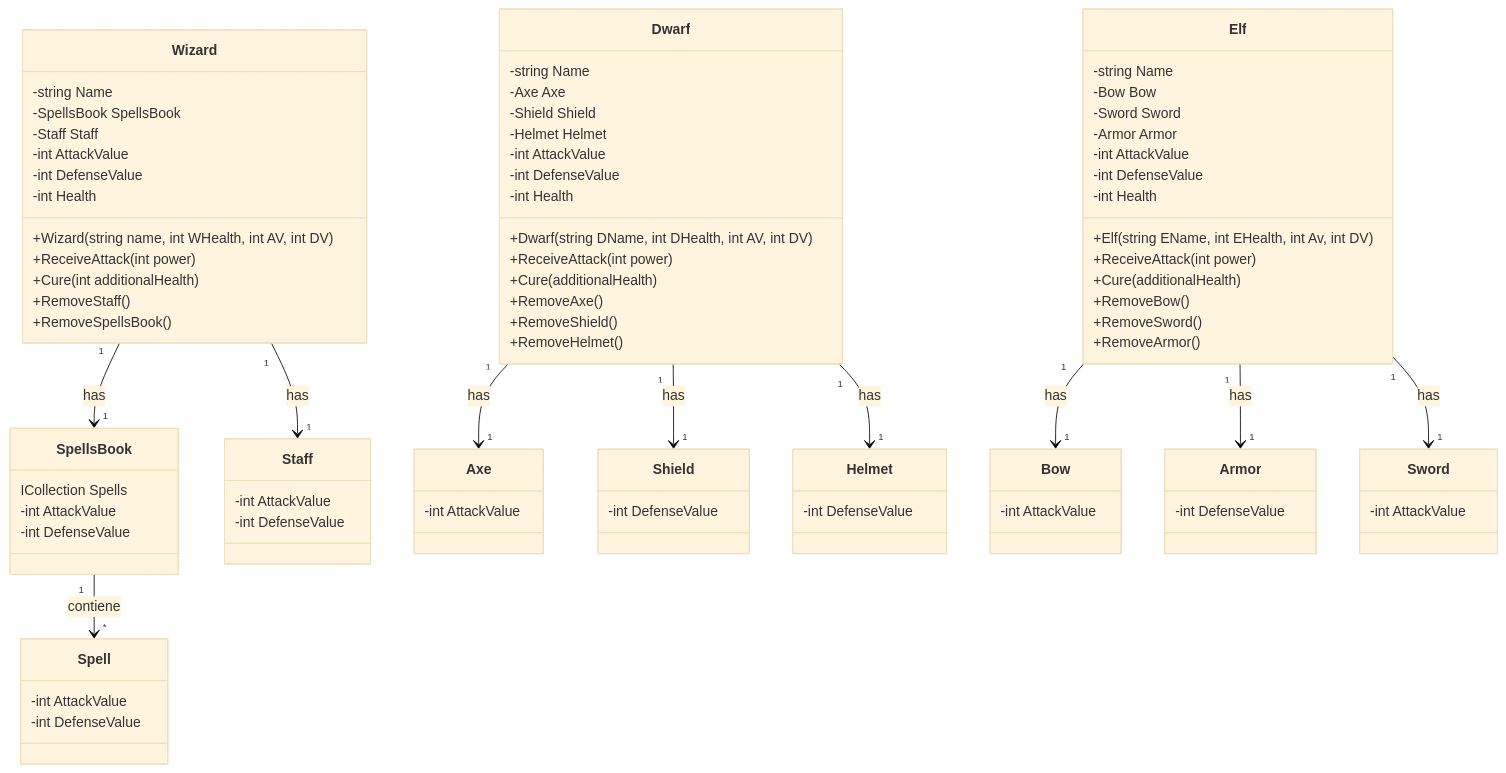
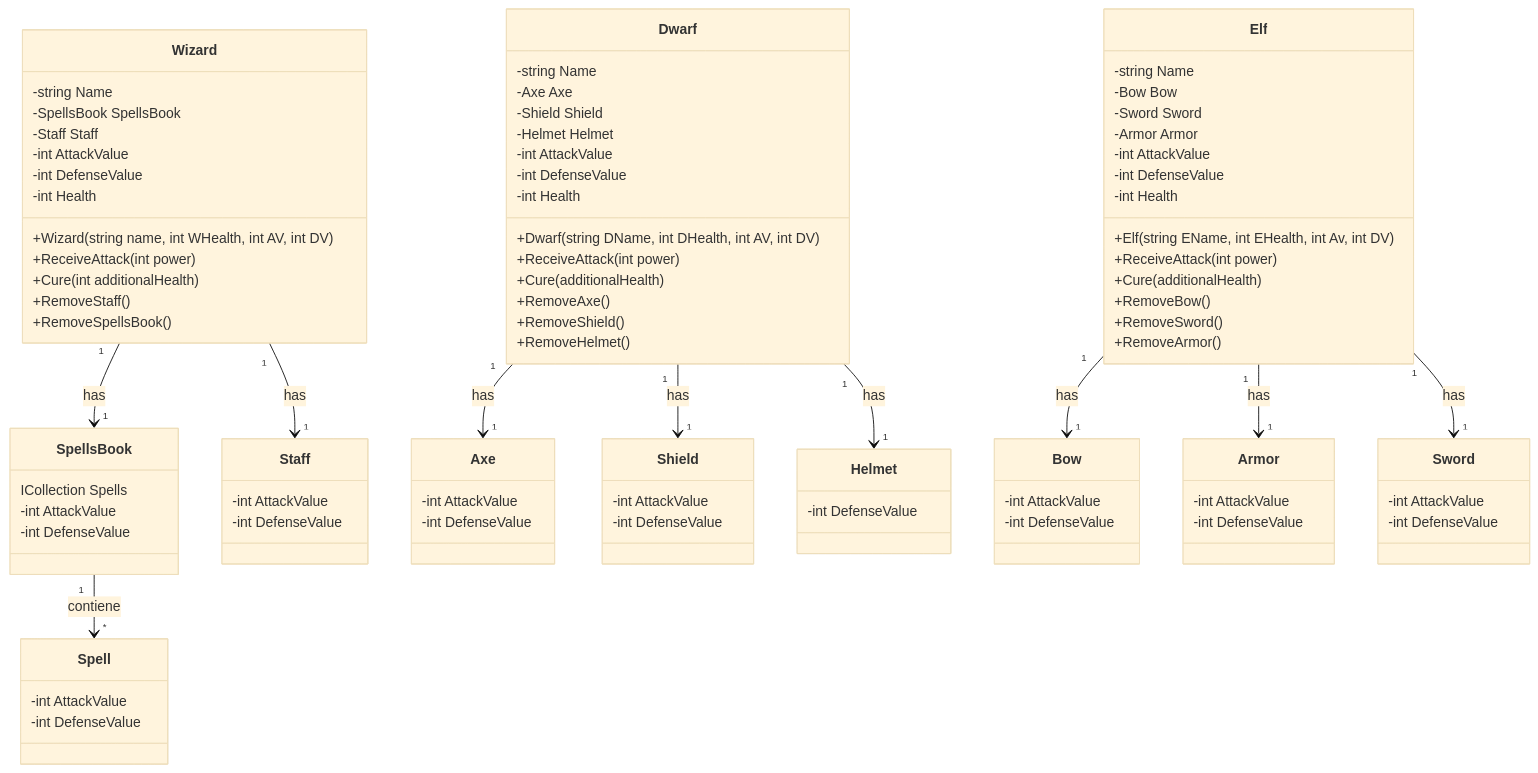
Before and after one commit to Franloc/PII_RoleplayGame_1_Start: the diagram in DIAGRAM.md, drawn with Mermaid (base theme).

```diff
--- a/DIAGRAM.md
+++ b/DIAGRAM.md
@@ -90,14 +90,17 @@
     %% Armas
     class Axe{
       -int AttackValue
+      -int DefenseValue
     }
 
     class Sword{
       -int AttackValue
+      -int DefenseValue
     }
 
     class Bow{
       -int AttackValue
+      -int DefenseValue
     }
 
     class Staff{
@@ -107,10 +110,12 @@
 
     %% Defensas
     class Shield{
+      -int AttackValue
       -int DefenseValue
     }
 
     class Armor{
+      -int AttackValue
       -int DefenseValue
     }
 
```
